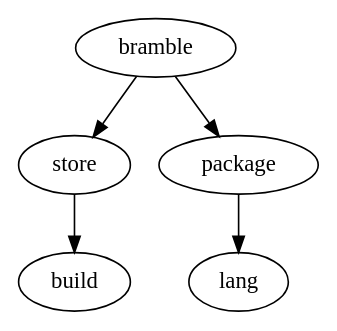
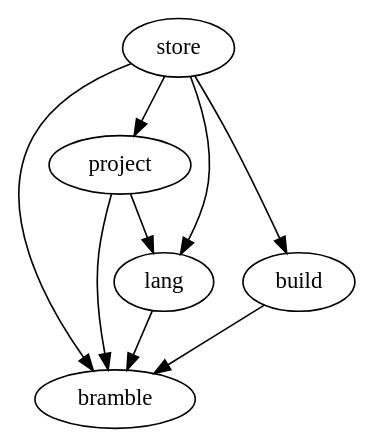
One commit to maxmcd/bramble changed the diagram in notes/28-pkg-reorg.md. Above: the diagram before and after it, drawn with Graphviz. The commit also changed other lines of this file and 28 other files, not shown here.

````diff
--- a/notes/28-pkg-reorg.md
+++ b/notes/28-pkg-reorg.md
@@ -13,6 +13,10 @@
 ```dot
 digraph G {
-    bramble -> store -> build
-    bramble -> package -> lang
+    store -> bramble
+    project -> lang -> bramble
+    project -> bramble
+    store -> lang
+    store -> project
+    store -> build -> bramble
 }
 ```
````
